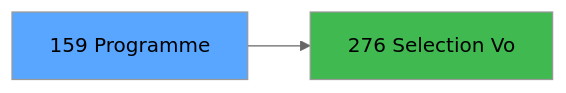
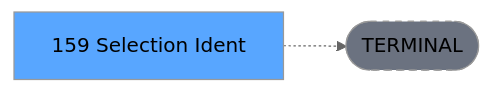
Before and after one commit to thonyAGP/lecteur-magic: the third of 3 diagrams in .openspec/renders/ADH-IDE-159.md, drawn with Mermaid (neutral theme). The commit also changed other lines of this file and 701 other files, not shown here.

````diff
--- a/.openspec/renders/ADH-IDE-159.md
+++ b/.openspec/renders/ADH-IDE-159.md
@@ -140,8 +135,8 @@
 ```mermaid
 graph LR
-    T[159 Programme]
-    C276[276 Selection Vo]
-    T --> C276
+    T[159 Selection Ident]
+    TERM([TERMINAL])
+    T -.-> TERM
+    style TERM fill:#6b7280,stroke-dasharray: 5 5
     style T fill:#58a6ff,color:#000
-    style C276 fill:#3fb950
 ```
````
